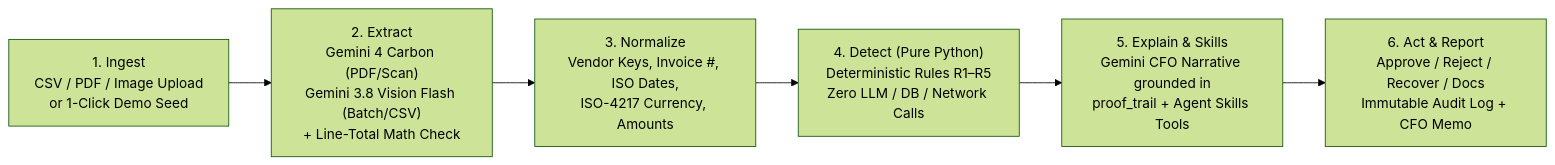
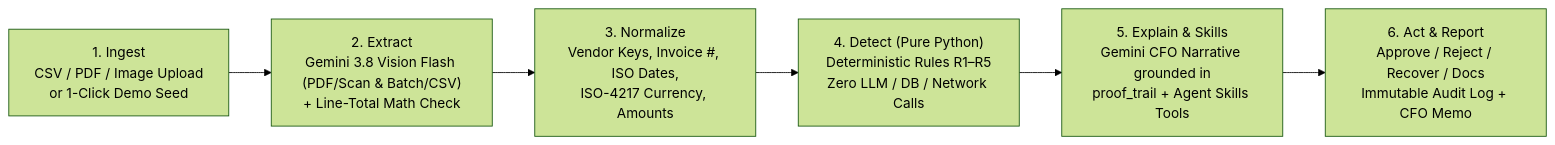
One commit to naughtynova69/LedgerLens-project changed the diagram in docs/PRD.md. Above: the diagram before and after it, drawn with Mermaid (forest theme). The commit also changed other lines of this file and 18 other files, not shown here.

Commit message:
chore,docs: replace gemini-4-carbon with gemini-3.8-vision-flash and add project mind map

````diff
--- a/docs/PRD.md
+++ b/docs/PRD.md
@@ -84,8 +84,8 @@
 ```mermaid
 flowchart LR
-    A["1. Ingest<br/>CSV / PDF / Image Upload<br/>or 1-Click Demo Seed"] --> B["2. Extract<br/>Gemini 4 Carbon (PDF/Scan)<br/>Gemini 3.8 Vision Flash (Batch/CSV)<br/>+ Line-Total Math Check"]
+    A["1. Ingest<br/>CSV / PDF / Image Upload<br/>or 1-Click Demo Seed"] --> B["2. Extract<br/>Gemini 3.8 Vision Flash (PDF/Scan & Batch/CSV)<br/>+ Line-Total Math Check"]
     B --> C["3. Normalize<br/>Vendor Keys, Invoice #, ISO Dates,<br/>ISO-4217 Currency, Amounts"]
     C --> D["4. Detect (Pure Python)<br/>Deterministic Rules R1–R5<br/>Zero LLM / DB / Network Calls"]
     D --> E["5. Explain & Skills<br/>Gemini CFO Narrative grounded in<br/>proof_trail + Agent Skills Tools"]
     E --> F["6. Act & Report<br/>Approve / Reject / Recover / Docs<br/>Immutable Audit Log + CFO Memo"]
 ```
````
